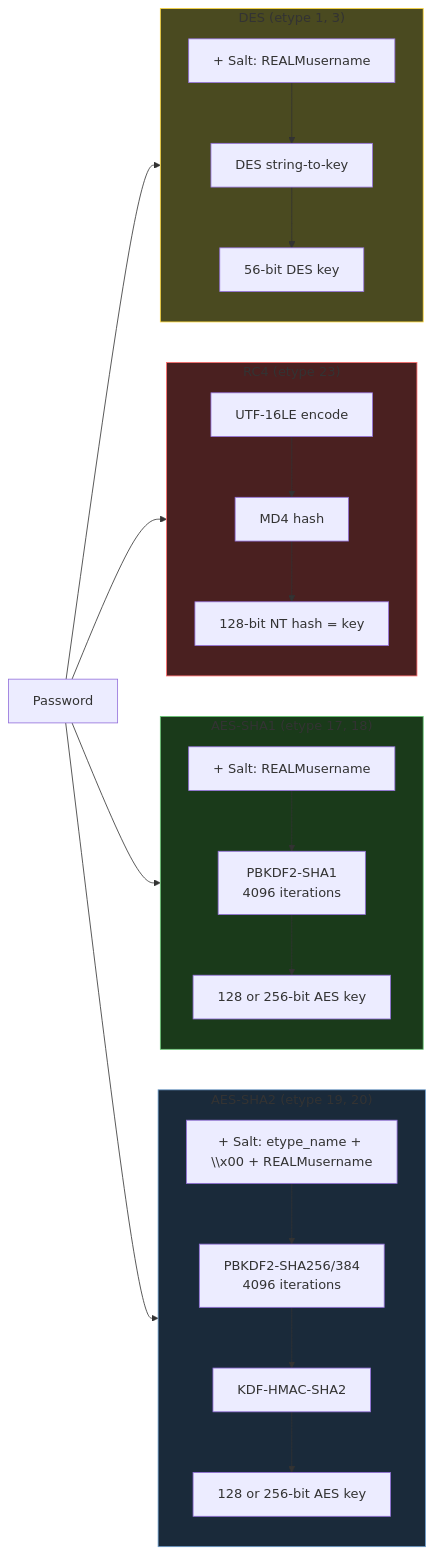
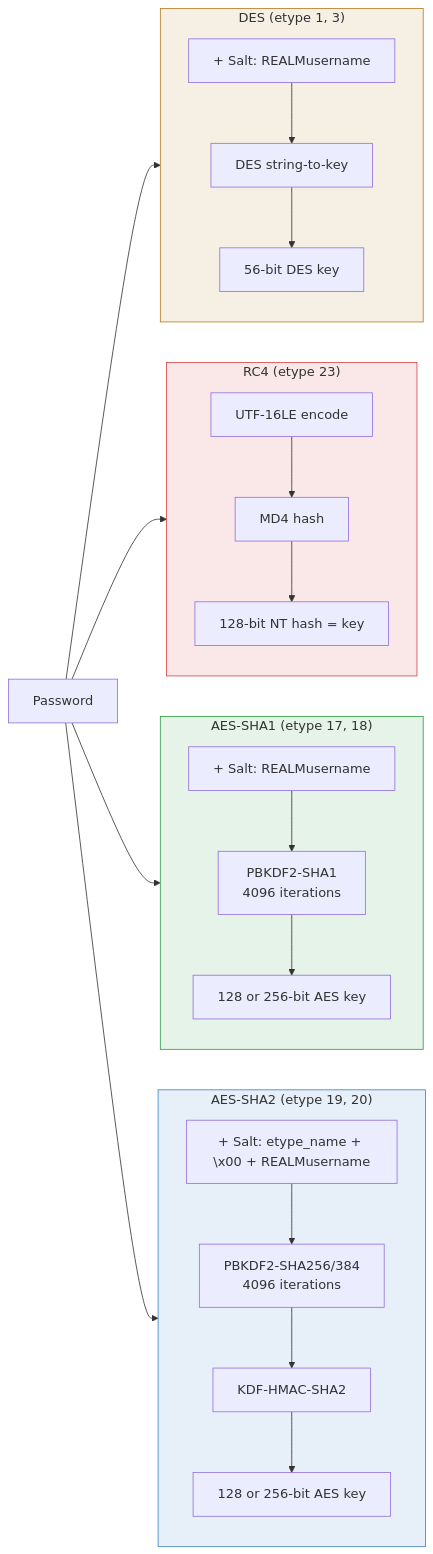
One commit to StrongWind1/KerbWolf changed the diagram in docs/background/encryption-types.md. Above: the diagram before and after it, drawn with Mermaid. The commit also changed 4 other files, not shown here.

First line of the commit message:
docs: make diagram fills readable in the light theme

````diff
--- a/docs/background/encryption-types.md
+++ b/docs/background/encryption-types.md
@@ -5,42 +5,42 @@
 ```mermaid
 flowchart LR
     P["Password"] --> DES_PATH & RC4_PATH & AES_PATH & SHA2_PATH
 
     subgraph DES_PATH["DES (etype 1, 3)"]
         direction TB
         D1["+ Salt: REALMusername"]
         D2["DES string-to-key"]
         D3["56-bit DES key"]
         D1 --> D2 --> D3
     end
 
     subgraph RC4_PATH["RC4 (etype 23)"]
         direction TB
         R1["UTF-16LE encode"]
         R2["MD4 hash"]
         R3["128-bit NT hash = key"]
         R1 --> R2 --> R3
     end
 
     subgraph AES_PATH["AES-SHA1 (etype 17, 18)"]
         direction TB
         A1["+ Salt: REALMusername"]
         A2["PBKDF2-SHA1<br/>4096 iterations"]
         A3["128 or 256-bit AES key"]
         A1 --> A2 --> A3
     end
 
     subgraph SHA2_PATH["AES-SHA2 (etype 19, 20)"]
         direction TB
-        S1["+ Salt: etype_name + \\x00 + REALMusername"]
+        S1["+ Salt: etype_name + \x00 + REALMusername"]
         S2["PBKDF2-SHA256/384<br/>4096 iterations"]
         S3["KDF-HMAC-SHA2"]
         S4["128 or 256-bit AES key"]
         S1 --> S2 --> S3 --> S4
     end
 
-    style RC4_PATH fill:#4a2020,stroke:#ff6b6b
-    style DES_PATH fill:#4a4a20,stroke:#ffd93d
-    style AES_PATH fill:#1a3a1a,stroke:#6bcb77
-    style SHA2_PATH fill:#1a2a3a,stroke:#6b9bcb
+    style RC4_PATH fill:#d645451f,stroke:#d64545
+    style DES_PATH fill:#b7791f1f,stroke:#b7791f
+    style AES_PATH fill:#2f9e441f,stroke:#2f9e44
+    style SHA2_PATH fill:#3b82c41f,stroke:#3b82c4
 ```
````
